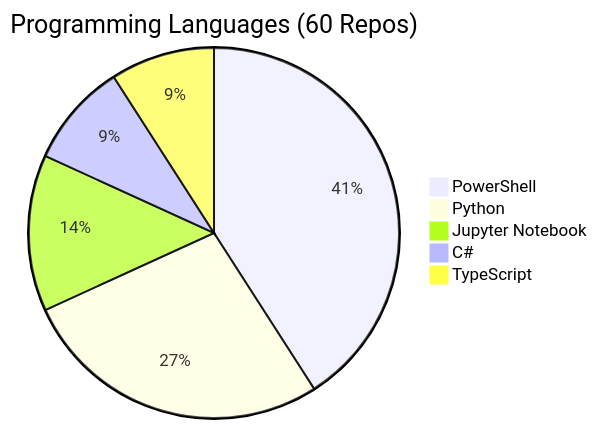
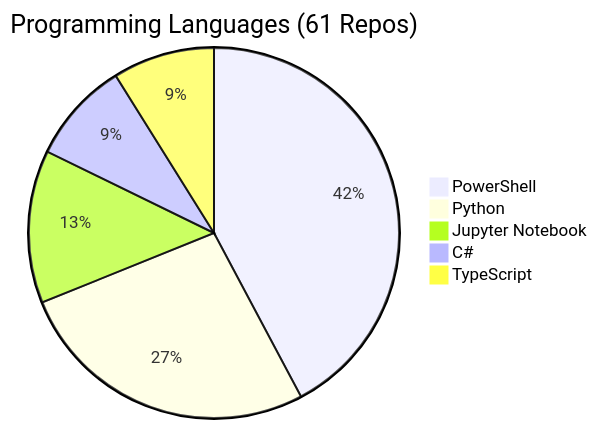
Before and after one commit to fabioc-aloha/fabioc-aloha: the diagram in REPOS.md, drawn with Mermaid. The commit also changed other lines of this file and 1 other file, not shown here.

````diff
--- a/REPOS.md
+++ b/REPOS.md
@@ -103,8 +104,8 @@
 ```mermaid
-pie title Programming Languages (60 Repos)
-    "PowerShell" : 18
+pie title Programming Languages (61 Repos)
+    "PowerShell" : 19
     "Python" : 12
     "Jupyter Notebook" : 6
     "C#" : 4
     "TypeScript" : 4
 ```
````
